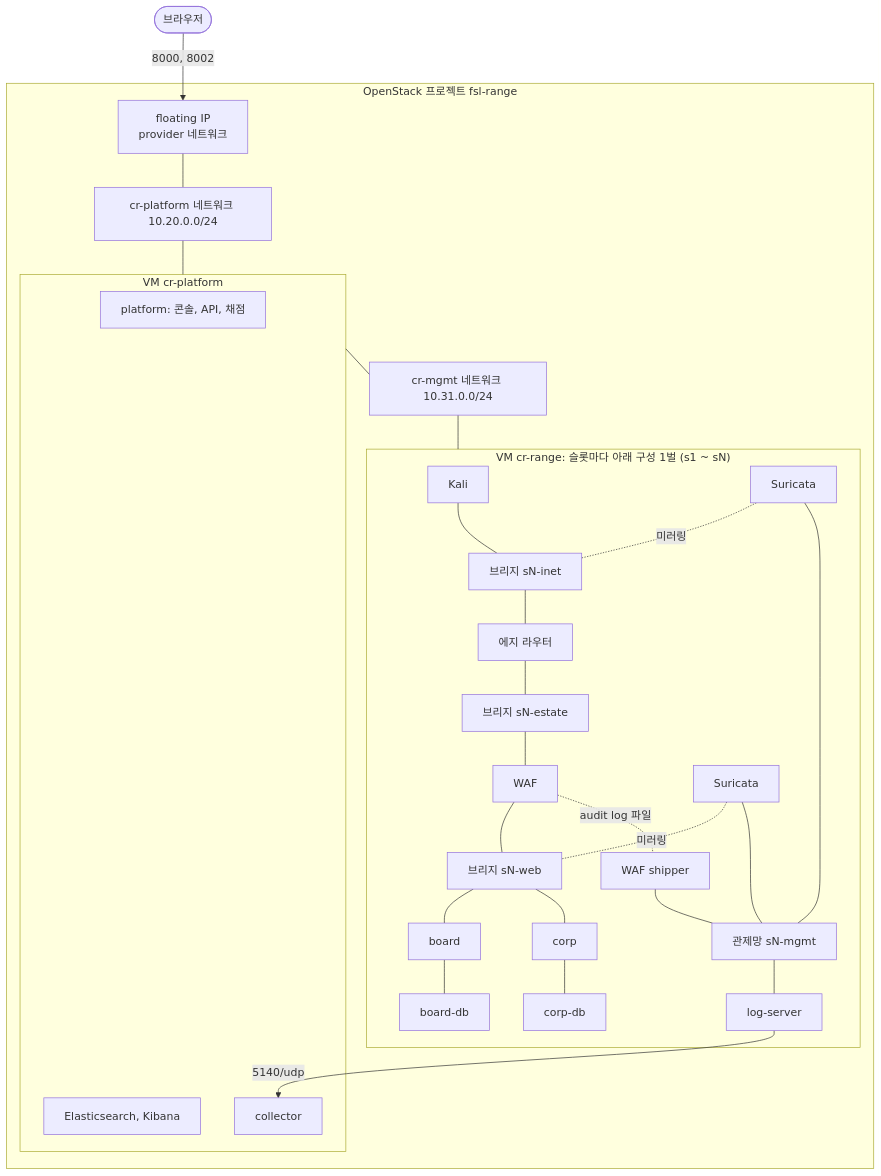
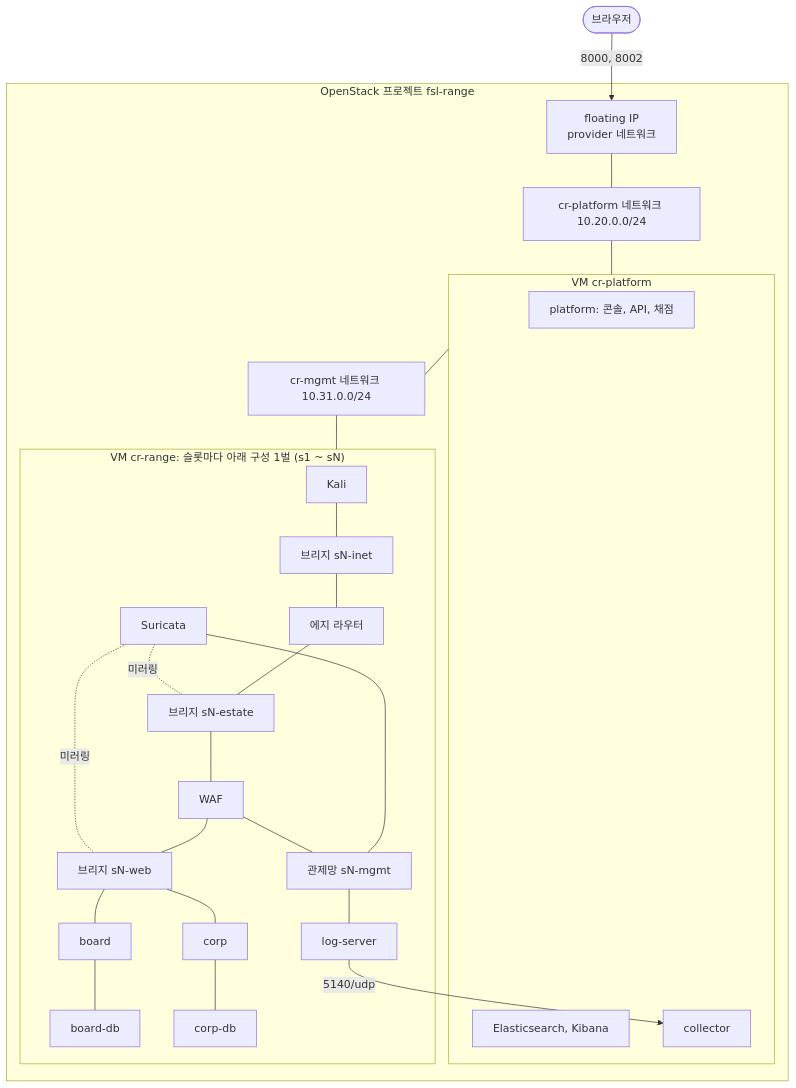
One commit to Nekonic/fsl-project-mvp changed the diagram in README.md. Above: the diagram before and after it, drawn with Mermaid. The commit also changed other lines of this file and 3 other files, not shown here.

Commit message:
docs: README, ARCHITECTURE, OPENSTACK, THREAT-MODEL and network.yaml name one sensor on both legs of the WAF and the WAF on the 관제망

````diff
--- a/README.md
+++ b/README.md
@@ -31,34 +31,32 @@
 ```mermaid
 flowchart TB
   user(["브라우저"]) -->|"8000, 8002"| fip["floating IP<br/>provider 네트워크"]
   subgraph os["OpenStack 프로젝트 fsl-range"]
     fip --- pnet["cr-platform 네트워크 10.20.0.0/24"]
     pnet --- pvm
     subgraph pvm["VM cr-platform"]
       platform["platform: 콘솔, API, 채점"]
       elk["Elasticsearch, Kibana"]
       collector["collector"]
     end
     pvm --- mgmt["cr-mgmt 네트워크 10.31.0.0/24"]
     mgmt --- rvm
     subgraph rvm["VM cr-range: 슬롯마다 아래 구성 1벌 (s1 ~ sN)"]
       kali["Kali"] --- inet["브리지 sN-inet"]
       inet --- edge["에지 라우터"]
       edge --- estate["브리지 sN-estate"]
       estate --- waf["WAF"]
       waf --- web["브리지 sN-web"]
       web --- board["board"]
       web --- corp["corp"]
       board --- boarddb["board-db"]
       corp --- corpdb["corp-db"]
-      ids1["Suricata"] -. 미러링 .- inet
-      ids2["Suricata"] -. 미러링 .- web
-      ids1 --- mgmtbr["관제망 sN-mgmt"]
-      ids2 --- mgmtbr
-      wafship["WAF shipper"] --- mgmtbr
-      waf -. audit log 파일 .- wafship
+      ids["Suricata"] -. 미러링 .- estate
+      ids -. 미러링 .- web
+      ids --- mgmtbr["관제망 sN-mgmt"]
+      waf --- mgmtbr
       mgmtbr --- logsrv["log-server"]
     end
     logsrv -->|"5140/udp"| collector
   end
 ```
````
